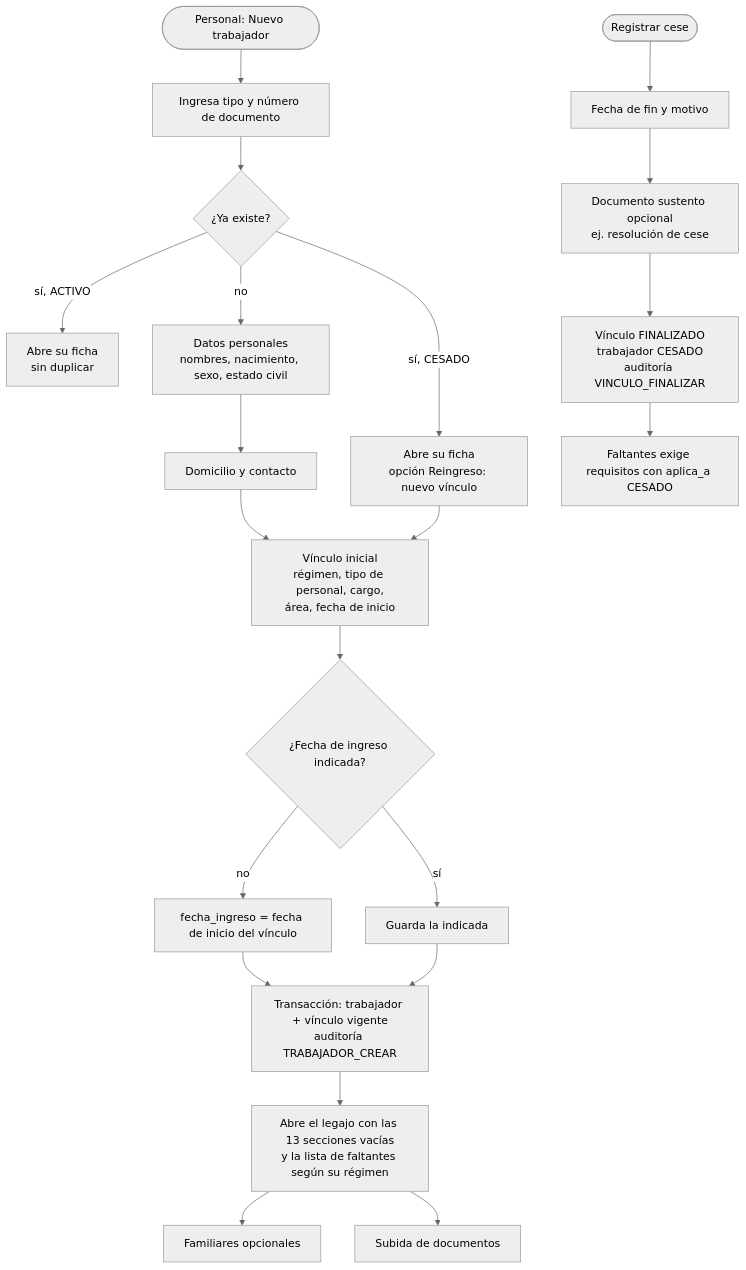
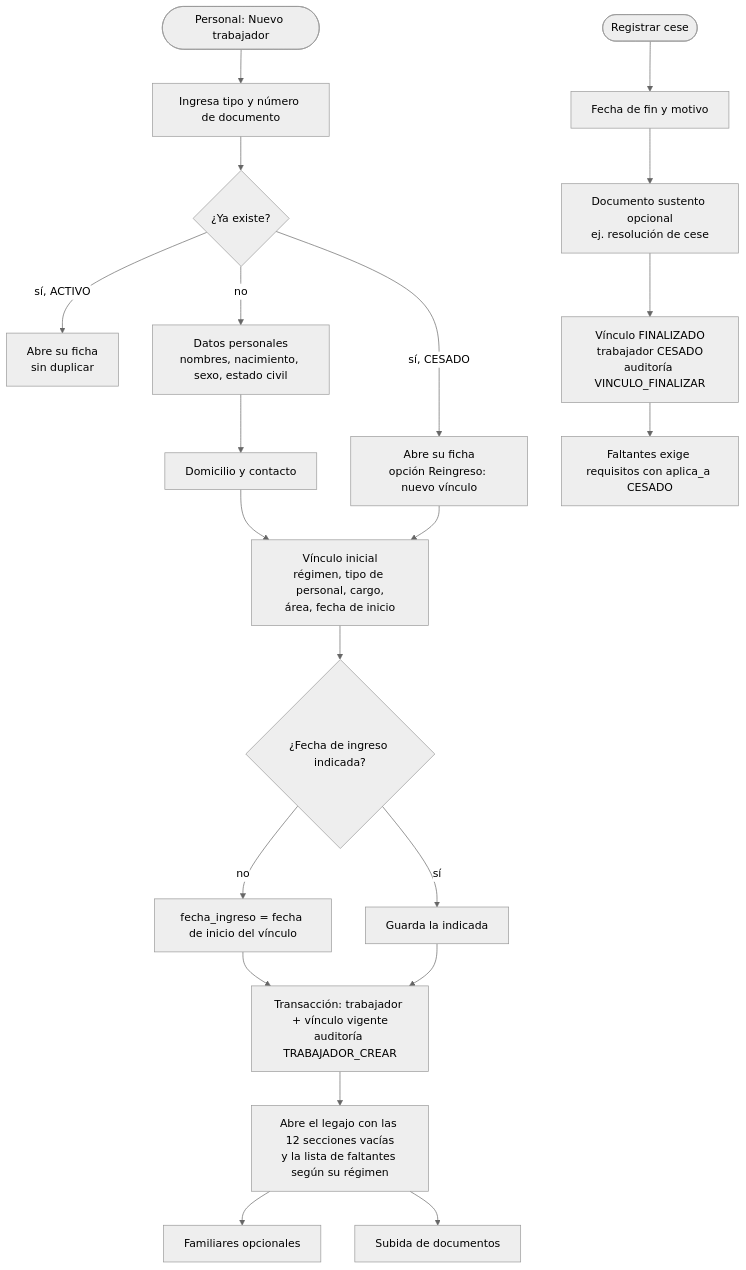
One commit to Jose27luis/legajo changed the eighth of 22 diagrams in README.md. Above: the diagram before and after it, drawn with Mermaid (neutral theme). The commit also changed other lines of this file, not shown here.

Commit message:
docs: legajo de 12 secciones y formulario condicional

````diff
--- a/README.md
+++ b/README.md
@@ -723,24 +716,24 @@
 ```mermaid
 flowchart TD
     A(["Personal: Nuevo trabajador"]) --> B["Ingresa tipo y número de documento"]
     B --> C{"¿Ya existe?"}
     C -->|"sí, ACTIVO"| D["Abre su ficha<br/>sin duplicar"]
     C -->|"sí, CESADO"| E["Abre su ficha<br/>opción Reingreso: nuevo vínculo"]
     C -->|"no"| F["Datos personales<br/>nombres, nacimiento, sexo, estado civil"]
     F --> G["Domicilio y contacto"]
     G --> H["Vínculo inicial<br/>régimen, tipo de personal, cargo,<br/>área, fecha de inicio"]
     H --> I{"¿Fecha de ingreso indicada?"}
     I -->|"no"| J["fecha_ingreso = fecha de inicio del vínculo"]
     I -->|"sí"| K["Guarda la indicada"]
     J --> L["Transacción: trabajador + vínculo vigente<br/>auditoría TRABAJADOR_CREAR"]
     K --> L
     E --> H
-    L --> M["Abre el legajo con las 13 secciones vacías<br/>y la lista de faltantes según su régimen"]
+    L --> M["Abre el legajo con las 12 secciones vacías<br/>y la lista de faltantes según su régimen"]
     M --> N["Familiares opcionales"]
     M --> O["Subida de documentos"]
 
     P(["Registrar cese"]) --> Q["Fecha de fin y motivo"]
     Q --> R["Documento sustento opcional<br/>ej. resolución de cese"]
     R --> S["Vínculo FINALIZADO<br/>trabajador CESADO<br/>auditoría VINCULO_FINALIZAR"]
     S --> T["Faltantes exige requisitos con aplica_a CESADO"]
 ```
````
